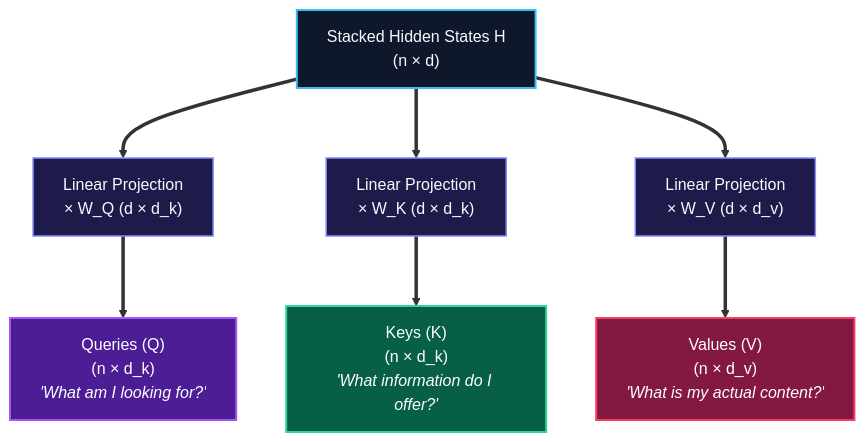
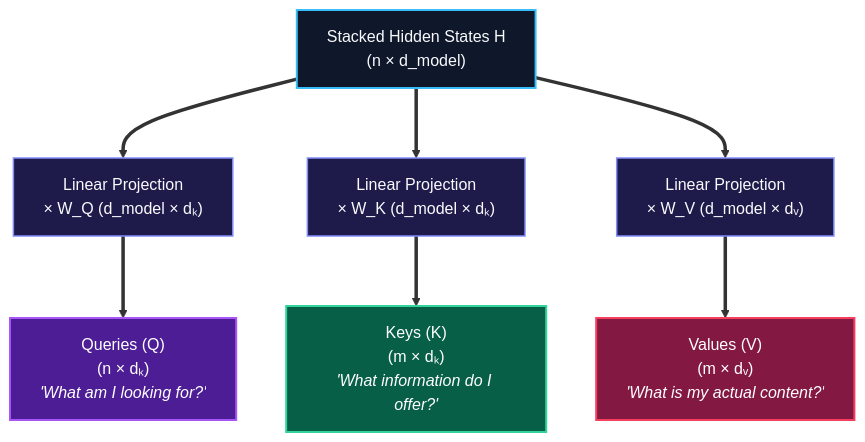
One commit to namtiw/namtiw.github.io changed the third of 5 diagrams in _posts/2026-05-02-attention.md. Above: the diagram before and after it, drawn with Mermaid. The commit also changed other lines of this file and 3 other files, not shown here.

```diff
--- a/_posts/2026-05-02-attention.md
+++ b/_posts/2026-05-02-attention.md
@@ -266,30 +295,30 @@
 <pre class="mermaid">
 %%{init: {"flowchart": {"nodeSpacing": 50, "rankSpacing": 70}}}%%
 flowchart TD
-  H["Stacked Hidden States H<br/>(n × d)"]
+  H["Stacked Hidden States H<br/>(n × d_model)"]
 
-  WQ["Linear Projection<br/>× W_Q (d × d_k)"]
-  WK["Linear Projection<br/>× W_K (d × d_k)"]
-  WV["Linear Projection<br/>× W_V (d × d_v)"]
+  WQ["Linear Projection<br/>× W_Q (d_model × dₖ)"]
+  WK["Linear Projection<br/>× W_K (d_model × dₖ)"]
+  WV["Linear Projection<br/>× W_V (d_model × dᵥ)"]
 
-  Q["Queries (Q)<br/>(n × d_k)<br/><i>'What am I looking for?'</i>"]
-  K["Keys (K)<br/>(n × d_k)<br/><i>'What information do I offer?'</i>"]
-  V["Values (V)<br/>(n × d_v)<br/><i>'What is my actual content?'</i>"]
+  Q["Queries (Q)<br/>(n × dₖ)<br/><i>'What am I looking for?'</i>"]
+  K["Keys (K)<br/>(m × dₖ)<br/><i>'What information do I offer?'</i>"]
+  V["Values (V)<br/>(m × dᵥ)<br/><i>'What is my actual content?'</i>"]
 
   H ==> WQ ==> Q
   H ==> WK ==> K
   H ==> WV ==> V
 
   %% Styling
   classDef inputMat fill:#0f172a,stroke:#38bdf8,stroke-width:2px,color:#f8fafc
   classDef weightMat fill:#1e1b4b,stroke:#818cf8,stroke-width:1.5px,color:#f8fafc
   classDef queryMat fill:#4c1d95,stroke:#a855f7,stroke-width:2px,color:#fff
   classDef keyMat fill:#065f46,stroke:#34d399,stroke-width:2px,color:#fff
   classDef valueMat fill:#831843,stroke:#f43f5e,stroke-width:2px,color:#fff
 
   class H inputMat
   class WQ,WK,WV weightMat
   class Q queryMat
   class K keyMat
   class V valueMat
 </pre>
```
